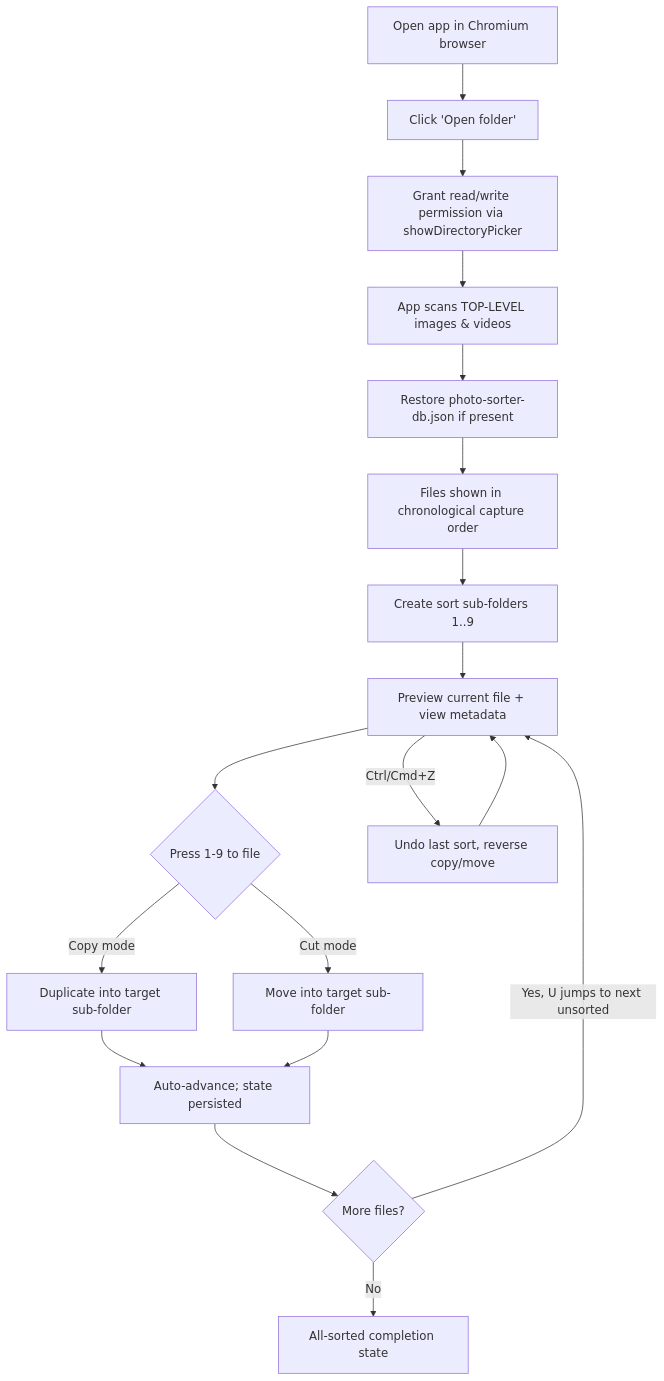
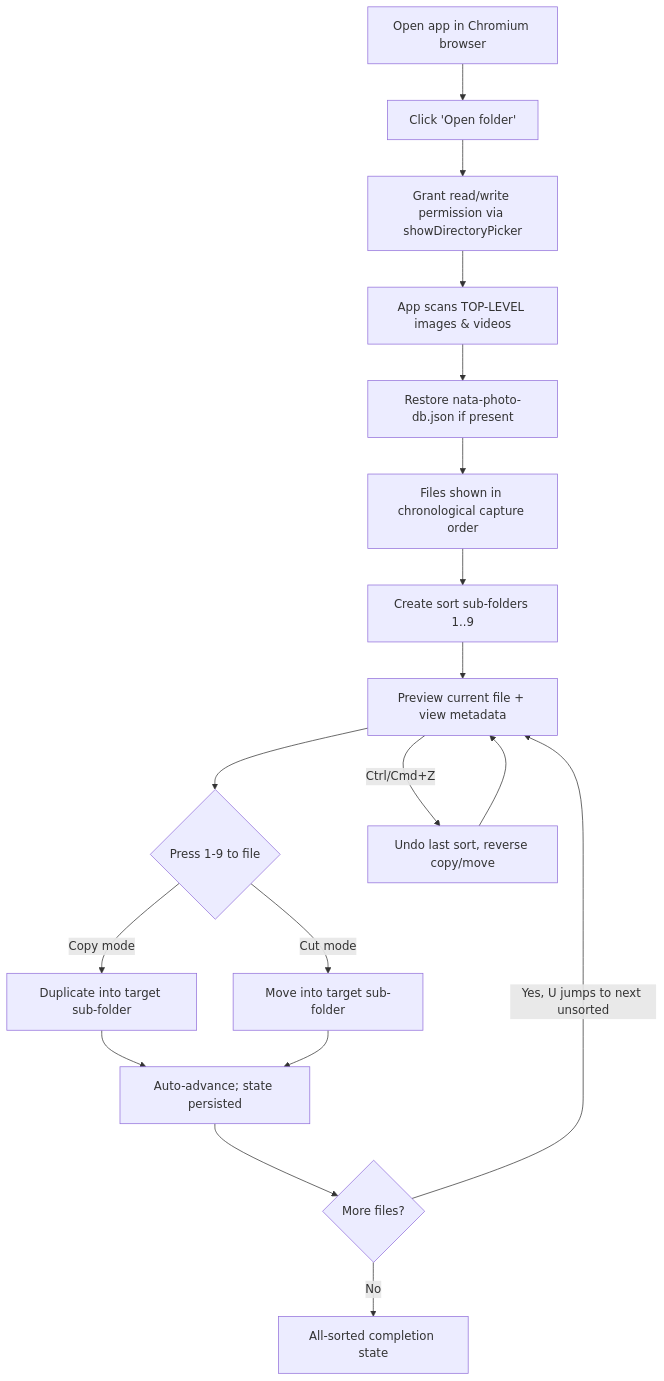
Before and after one commit to frama21/photo-sorter: the first of 2 diagrams in docs/PRD.md, drawn with Mermaid. The commit also changed other lines of this file and 149 other files, not shown here.

````diff
--- a/docs/PRD.md
+++ b/docs/PRD.md
@@ -205,20 +205,20 @@
 ```mermaid
 flowchart TD
     A[Open app in Chromium browser] --> B[Click 'Open folder']
     B --> C[Grant read/write permission via showDirectoryPicker]
     C --> D[App scans TOP-LEVEL images & videos]
-    D --> E[Restore photo-sorter-db.json if present]
+    D --> E[Restore nata-photo-db.json if present]
     E --> F[Files shown in chronological capture order]
     F --> G[Create sort sub-folders 1..9]
     G --> H[Preview current file + view metadata]
     H --> I{Press 1-9 to file}
     I -->|Copy mode| J[Duplicate into target sub-folder]
     I -->|Cut mode| K[Move into target sub-folder]
     J --> L[Auto-advance; state persisted]
     K --> L
     L --> M{More files?}
     M -->|Yes, U jumps to next unsorted| H
     M -->|No| N[All-sorted completion state]
     H -->|Ctrl/Cmd+Z| O[Undo last sort, reverse copy/move]
     O --> H
 ```
````
